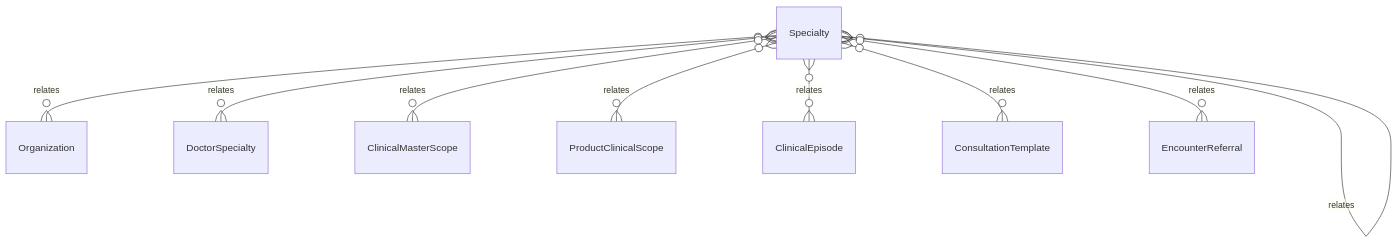
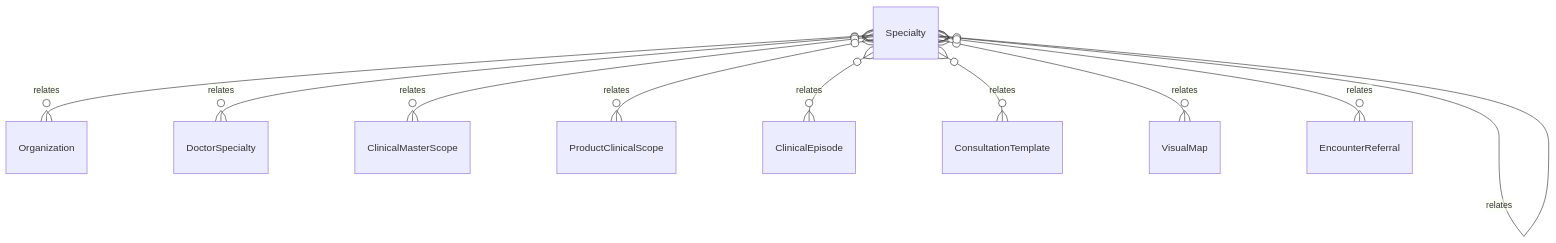
One commit to tejasnirala/rcln changed the diagram in .kb/Database/Specialty.md. Above: the diagram before and after it, drawn with Mermaid. The commit also changed other lines of this file and 139 other files, not shown here.

First line of the commit message:
feat(clinical): ce-6 the visual mapping engine and the dental chart

````diff
--- a/.kb/Database/Specialty.md
+++ b/.kb/Database/Specialty.md
@@ -57,11 +59,12 @@
 ```mermaid
 erDiagram
     Specialty }o--o{ Organization : relates
     Specialty }o--o{ Specialty : relates
     Specialty }o--o{ DoctorSpecialty : relates
     Specialty }o--o{ ClinicalMasterScope : relates
     Specialty }o--o{ ProductClinicalScope : relates
     Specialty }o--o{ ClinicalEpisode : relates
     Specialty }o--o{ ConsultationTemplate : relates
+    Specialty }o--o{ VisualMap : relates
     Specialty }o--o{ EncounterReferral : relates
 ```
````
